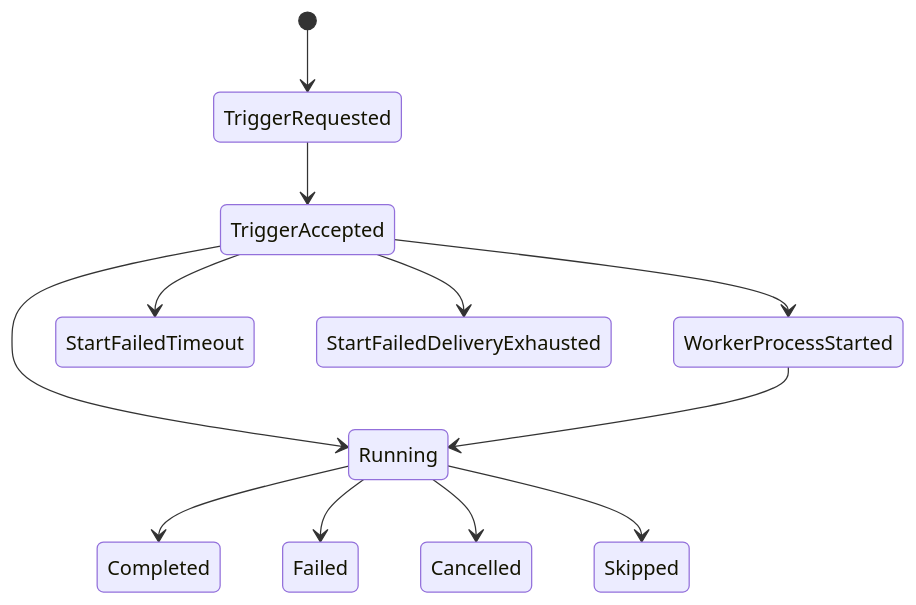
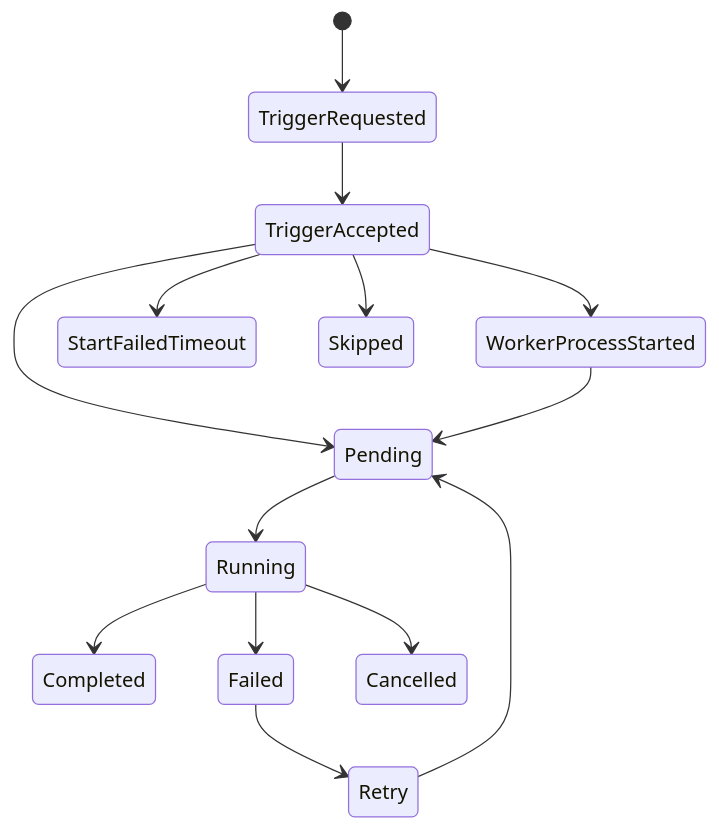
One commit to DEFRA/apha-fps-apps changed the second of 2 diagrams in src/Apha.BatchJobs/docs/PACT-BATCHJOBS-HANDOFF-EVENTGRID.md. Above: the diagram before and after it, drawn with Mermaid. The commit also changed other lines of this file and 24 other files, not shown here.

````diff
--- a/src/Apha.BatchJobs/docs/PACT-BATCHJOBS-HANDOFF-EVENTGRID.md
+++ b/src/Apha.BatchJobs/docs/PACT-BATCHJOBS-HANDOFF-EVENTGRID.md
@@ -102,14 +123,16 @@
 ```mermaid
 stateDiagram-v2
   [*] --> TriggerRequested
   TriggerRequested --> TriggerAccepted
   TriggerAccepted --> WorkerProcessStarted
-  TriggerAccepted --> Running
-  WorkerProcessStarted --> Running
+  TriggerAccepted --> Pending
+  TriggerAccepted --> StartFailedTimeout
+  TriggerAccepted --> Skipped
+  WorkerProcessStarted --> Pending
+  Pending --> Running
   Running --> Completed
   Running --> Failed
   Running --> Cancelled
-  TriggerAccepted --> StartFailedTimeout
-  TriggerAccepted --> StartFailedDeliveryExhausted
-  Running --> Skipped
+  Failed --> Retry
+  Retry --> Pending
 ```
````
